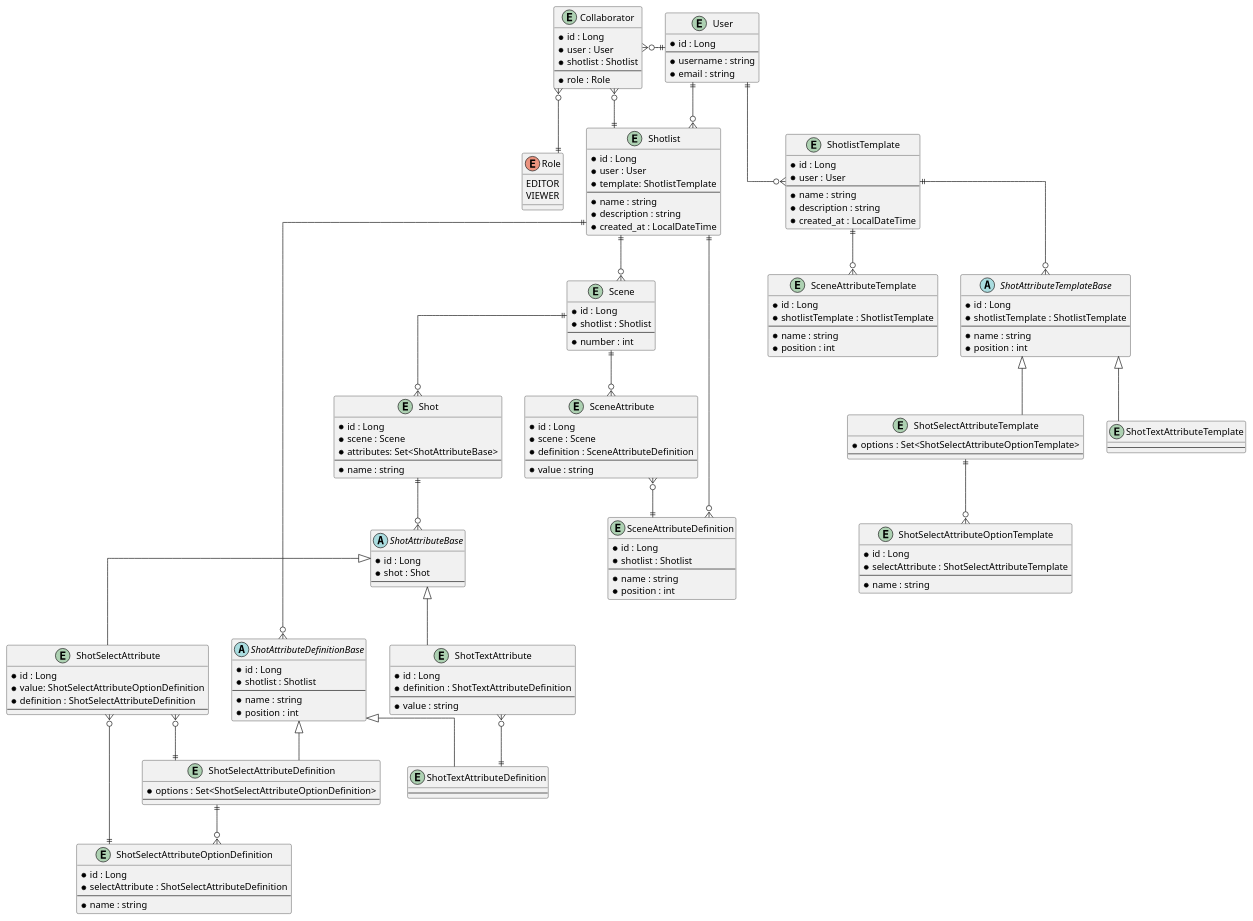
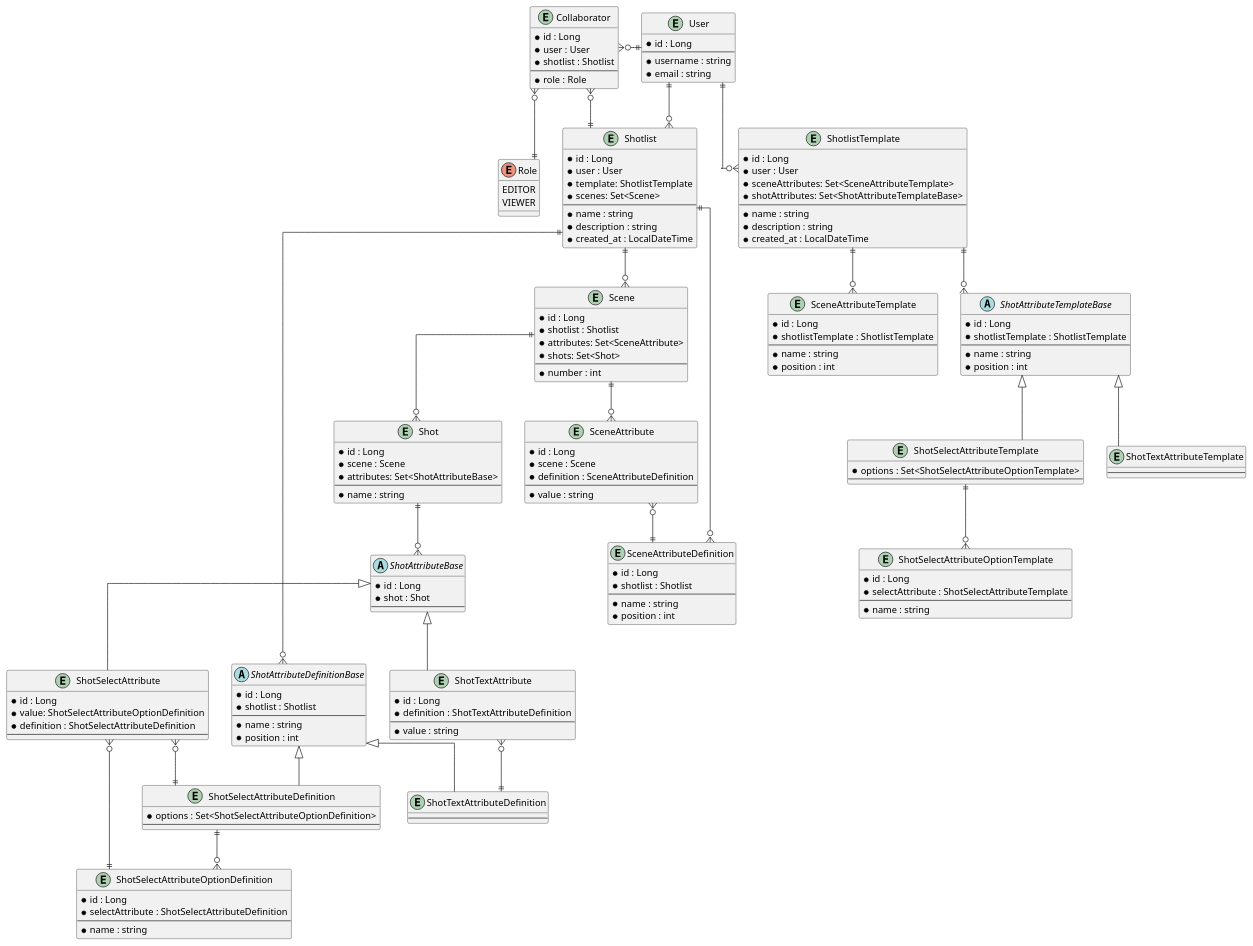
One commit to YanikKendler/shotlist-tool changed the diagram in ERD.puml. Above: the diagram before and after it, drawn with PlantUML. The commit also changed 39 other files, not shown here.

```diff
--- a/ERD.puml
+++ b/ERD.puml
@@ -12,6 +12,7 @@
   * id : Long
   * user : User
   * template: ShotlistTemplate
+  * scenes: Set<Scene>
   --
   * name : string
   * description : string
@@ -27,6 +28,8 @@
 entity ShotlistTemplate {
     * id : Long
     * user : User
+    * sceneAttributes: Set<SceneAttributeTemplate>
+    * shotAttributes: Set<ShotAttributeTemplateBase>
     --
     * name : string
     * description : string
@@ -156,6 +159,8 @@
 entity Scene {
     * id : Long
     * shotlist : Shotlist
+    * attributes: Set<SceneAttribute>
+    * shots: Set<Shot>
     --
     * number : int
 }
```
